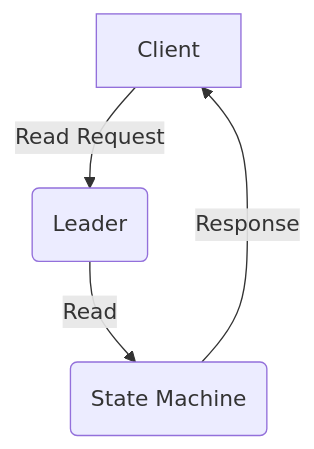
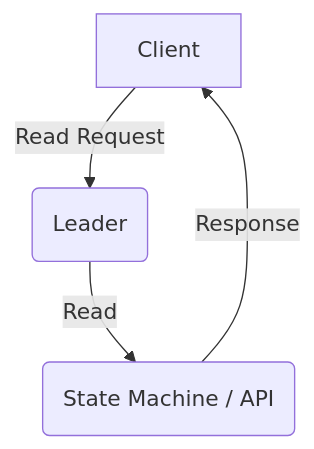
The second of 3 diagrams in README.md (emmahone/etcd-101), drawn with Mermaid before and after one commit.

````diff
--- a/README.md
+++ b/README.md
@@ -57,6 +57,6 @@
 ```mermaid
 graph TD;
   A[Client] -- Read Request --> B(Leader);
-  B -- Read --> C(State Machine);
+  B -- Read --> C(State Machine / API);
   C -- Response --> A;
 ```
````
